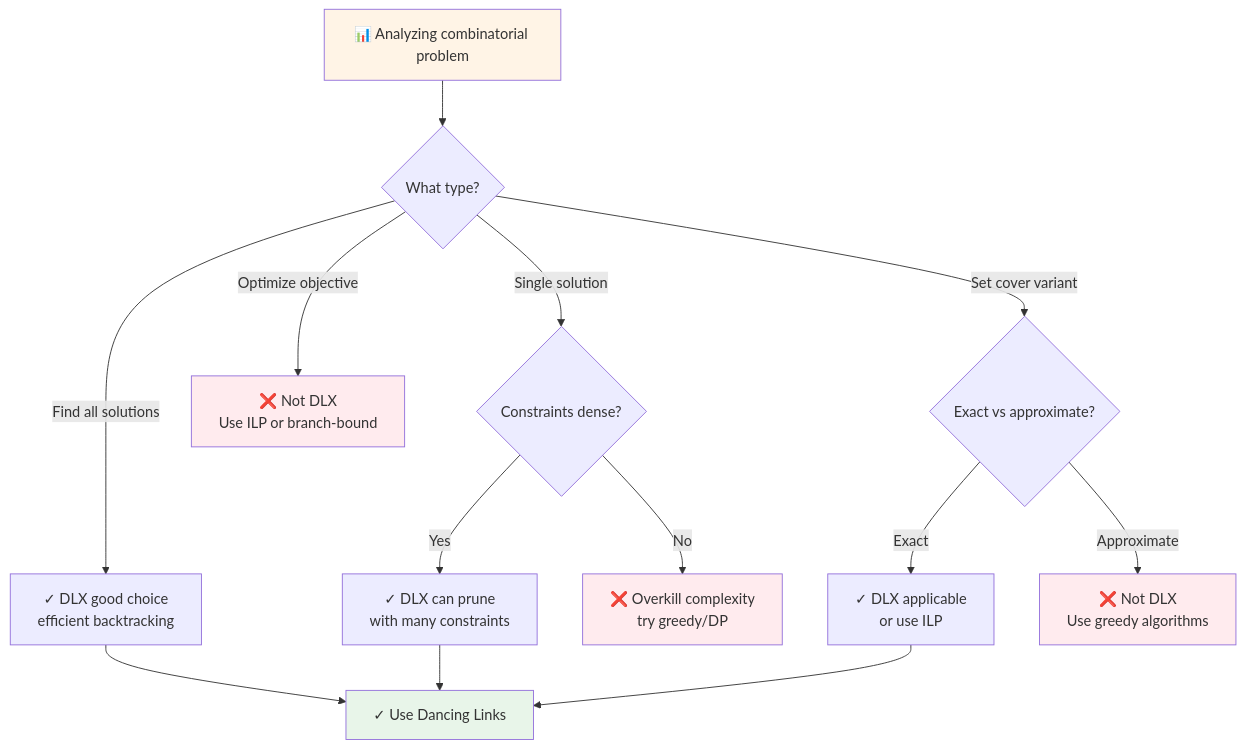
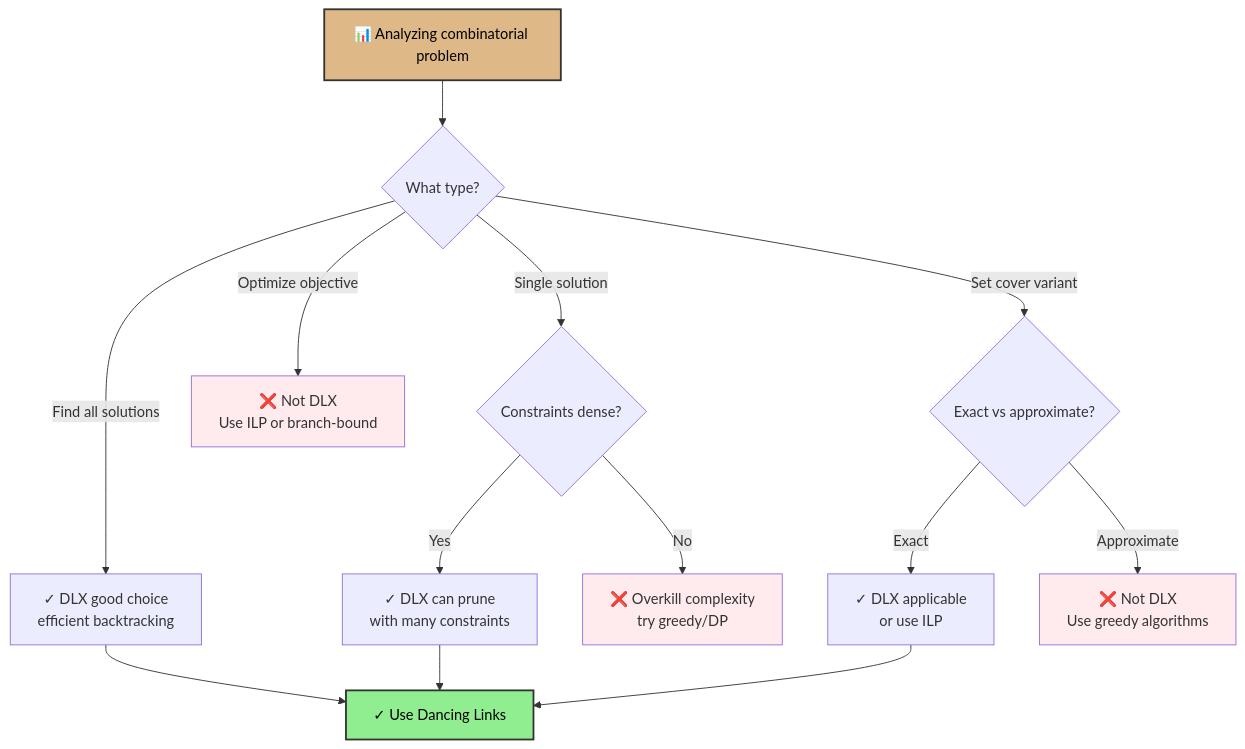
The second of 4 diagrams in docs/advanced_ds/dancing_links.md (souradeepta/interviewprep), drawn with Mermaid before and after one commit. The commit also changed other lines of this file and 31 other files, not shown here.

Commit message:
updated graphs

````diff
--- a/docs/advanced_ds/dancing_links.md
+++ b/docs/advanced_ds/dancing_links.md
@@ -130,21 +130,21 @@
 ```mermaid
 flowchart TD
     A["📊 Analyzing combinatorial problem"] --> B{What type?}
     B -->|Find all solutions| C["✓ DLX good choice<br/>efficient backtracking"]
     B -->|Single solution| D{Constraints dense?}
     D -->|Yes| E["✓ DLX can prune<br/>with many constraints"]
     D -->|No| F["❌ Overkill complexity<br/>try greedy/DP"]
     B -->|Optimize objective| G["❌ Not DLX<br/>Use ILP or branch-bound"]
     B -->|Set cover variant| H{Exact vs approximate?}
     H -->|Exact| I["✓ DLX applicable<br/>or use ILP"]
     H -->|Approximate| J["❌ Not DLX<br/>Use greedy algorithms"]
     C --> K["✓ Use Dancing Links"]
     E --> K
     I --> K
     
-    style A fill:#fff4e6
-    style K fill:#e8f5e9
+    style A fill:#deb887,color:#000,stroke:#333,stroke-width:2px
+    style K fill:#90ee90,color:#000,stroke:#333,stroke-width:2px
     style F fill:#ffebee
     style G fill:#ffebee
     style J fill:#ffebee
 ```
````
